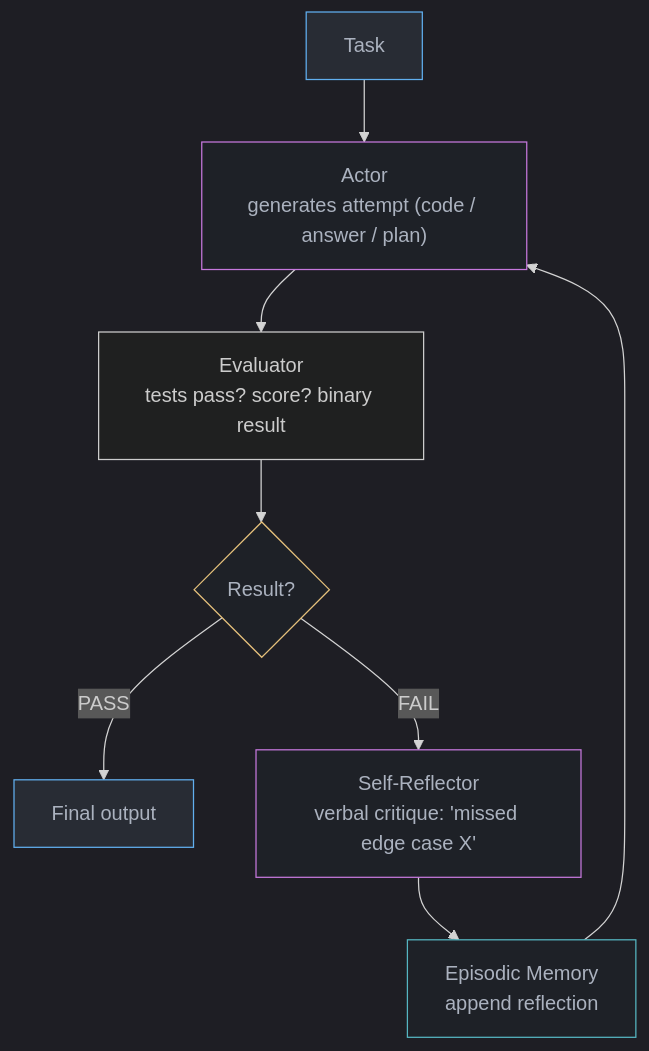
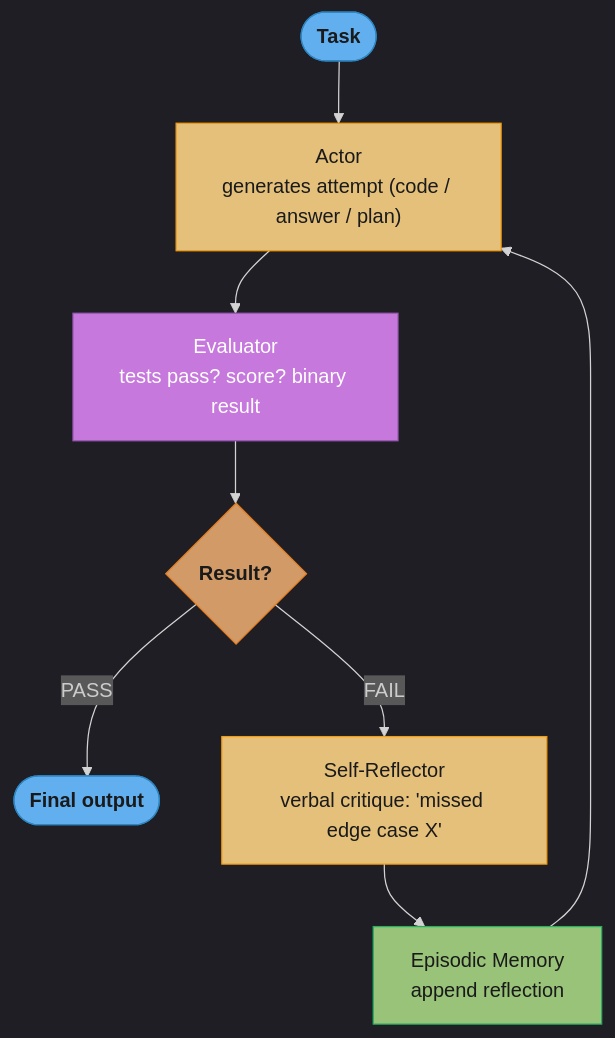
Before and after one commit to rppol/system-design: the first of 4 diagrams in src/main/java/com/rutik/systemdesign/llm/agents_and_tool_use/reflexion_and_self_correction.md, drawn with Mermaid. The commit also changed other lines of this file and 88 other files, not shown here.

````diff
--- a/src/main/java/com/rutik/systemdesign/llm/agents_and_tool_use/reflexion_and_self_correction.md
+++ b/src/main/java/com/rutik/systemdesign/llm/agents_and_tool_use/reflexion_and_self_correction.md
@@ -77,26 +77,29 @@
 ```mermaid
 %%{init: {'flowchart': {'curve': 'basis'}, 'theme': 'dark'}}%%
 flowchart TD
-    classDef io     fill:#282c34,stroke:#61afef,color:#abb2bf
-    classDef llm    fill:#1e2127,stroke:#c678dd,color:#abb2bf
-    classDef store  fill:#1e2127,stroke:#56b6c2,color:#abb2bf
-    classDef decide fill:#1e2127,stroke:#e5c07b,color:#abb2bf
+    classDef io      fill:#61afef,stroke:#2e86c1,color:#1a1a1a,font-weight:bold
+    classDef frozen  fill:#c678dd,stroke:#9b59b6,color:#fff
+    classDef train   fill:#98c379,stroke:#27ae60,color:#1a1a1a
+    classDef mathOp  fill:#d19a66,stroke:#e67e22,color:#1a1a1a,font-weight:bold
+    classDef lossN   fill:#e06c75,stroke:#c0392b,color:#fff,font-weight:bold
+    classDef req     fill:#56b6c2,stroke:#0097a7,color:#1a1a1a
+    classDef base    fill:#e5c07b,stroke:#f39c12,color:#1a1a1a
 
-    TASK["Task"]
+    TASK(["Task"])
     ACTOR["Actor\ngenerates attempt (code / answer / plan)"]
     EVAL["Evaluator\ntests pass? score? binary result"]
     DONE{"Result?"}
-    OUT["Final output"]
+    OUT(["Final output"])
     REFLECT["Self-Reflector\nverbal critique: 'missed edge case X'"]
     MEM["Episodic Memory\nappend reflection"]
 
     TASK --> ACTOR --> EVAL --> DONE
     DONE -->|"PASS"| OUT
     DONE -->|"FAIL"| REFLECT --> MEM --> ACTOR
 
     class TASK,OUT io
-    class ACTOR,REFLECT llm
-    class EVAL proc
-    class DONE decide
-    class MEM store
+    class ACTOR,REFLECT base
+    class EVAL frozen
+    class DONE mathOp
+    class MEM train
 ```
````
